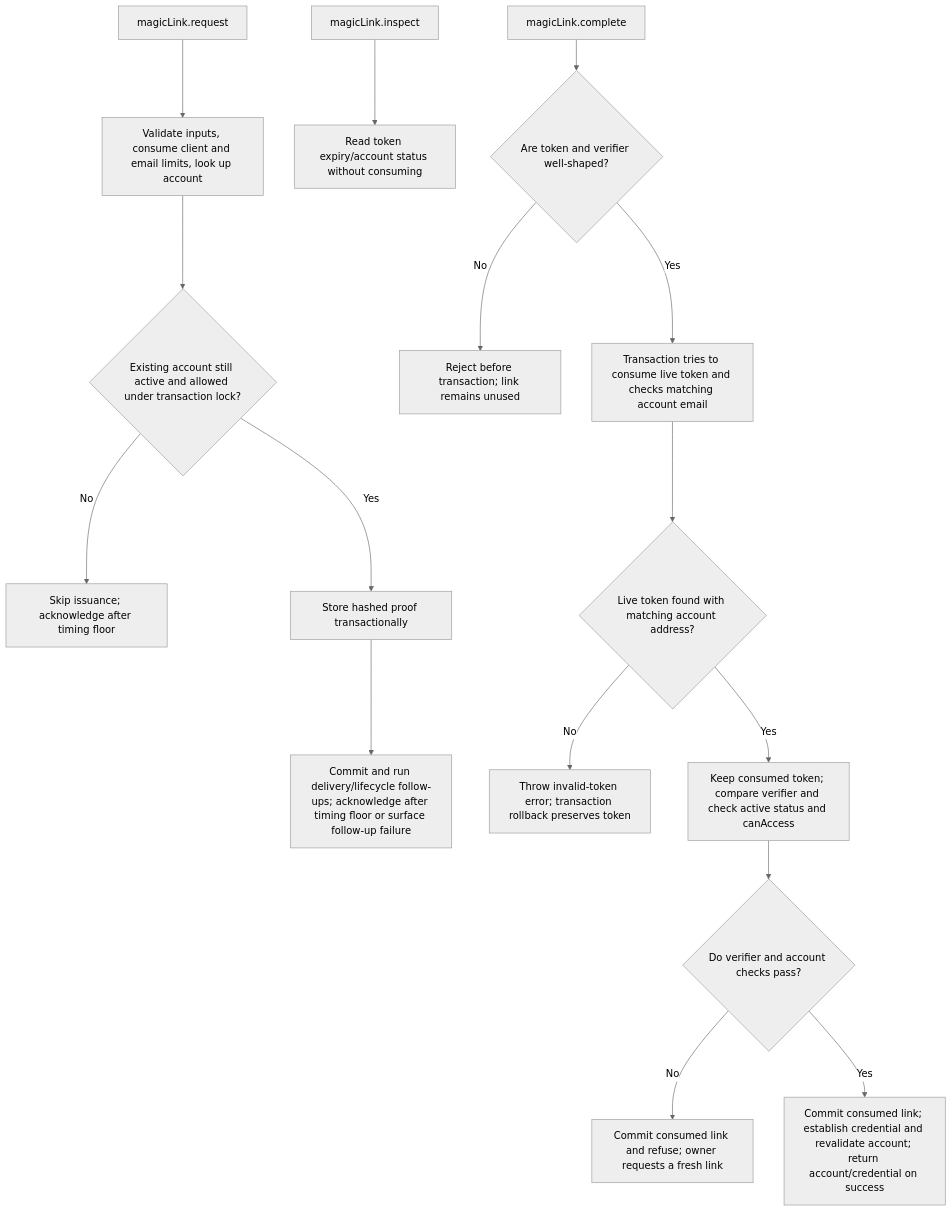
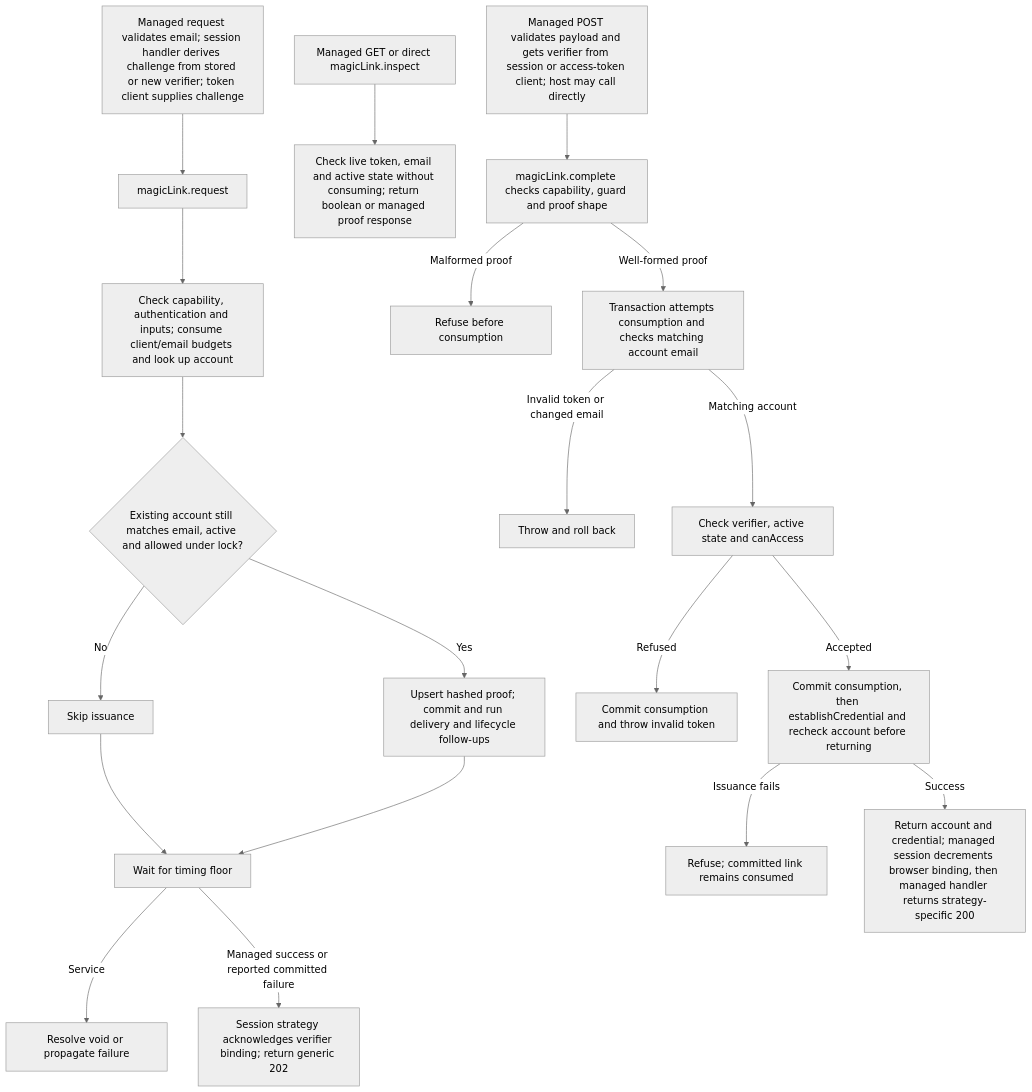
One commit to Kevinjohn/oss-adonisjs-account-kit changed the second of 2 diagrams in user-stories/US-ACCOUNT-13-magic-link.md. Above: the diagram before and after it, drawn with Mermaid (neutral theme). The commit also changed other lines of this file and 70 other files, not shown here.

````diff
--- a/user-stories/US-ACCOUNT-13-magic-link.md
+++ b/user-stories/US-ACCOUNT-13-magic-link.md
@@ -36,18 +37,22 @@
 ```mermaid
 flowchart TD
- A["magicLink.request"] --> B["Validate inputs, consume client and email limits, look up account"]
- B --> B1{"Existing account still active and allowed under transaction lock?"}
- B1 -->|No| C1["Skip issuance; acknowledge after timing floor"]
- B1 -->|Yes| B2["Store hashed proof transactionally"]
- B2 --> C["Commit and run delivery/lifecycle follow-ups; acknowledge after timing floor or surface follow-up failure"]
- D["magicLink.inspect"] --> E["Read token expiry/account status without consuming"]
- F["magicLink.complete"] --> G{"Are token and verifier well-shaped?"}
- G -->|No| H["Reject before transaction; link remains unused"]
- G -->|Yes| I["Transaction tries to consume live token and checks matching account email"]
- I --> J{"Live token found with matching account address?"}
- J -->|No| O["Throw invalid-token error; transaction rollback preserves token"]
- J -->|Yes| K["Keep consumed token; compare verifier and check active status and canAccess"]
- K --> L{"Do verifier and account checks pass?"}
- L -->|No| M["Commit consumed link and refuse; owner requests a fresh link"]
- L -->|Yes| N["Commit consumed link; establish credential and revalidate account; return account/credential on success"]
+  M["Managed request validates email; session handler derives challenge from stored or new verifier; token client supplies challenge"] --> A["magicLink.request"]
+  A --> B["Check capability, authentication and inputs; consume client/email budgets and look up account"]
+  B --> C{"Existing account still matches email, active and allowed under lock?"}
+  C -->|No| K["Skip issuance"]
+  C -->|Yes| T["Upsert hashed proof; commit and run delivery and lifecycle follow-ups"]
+  K --> Z["Wait for timing floor"]
+  T --> Z
+  Z -->|Service| O["Resolve void or propagate failure"]
+  Z -->|Managed success or reported committed failure| N["Session strategy acknowledges verifier binding; return generic 202"]
+  I["Managed GET or direct magicLink.inspect"] --> J["Check live token, email and active state without consuming; return boolean or managed proof response"]
+  W["Managed POST validates payload and gets verifier from session or access-token client; host may call directly"] --> R["magicLink.complete checks capability, guard and proof shape"]
+  R -->|Malformed proof| X["Refuse before consumption"]
+  R -->|Well-formed proof| S["Transaction attempts consumption and checks matching account email"]
+  S -->|Invalid token or changed email| Y["Throw and roll back"]
+  S -->|Matching account| V["Check verifier, active state and canAccess"]
+  V -->|Refused| U["Commit consumption and throw invalid token"]
+  V -->|Accepted| C2["Commit consumption, then establishCredential and recheck account before returning"]
+  C2 -->|Issuance fails| CF["Refuse; committed link remains consumed"]
+  C2 -->|Success| CF2["Return account and credential; managed session decrements browser binding, then managed handler returns strategy-specific 200"]
 ```
````
